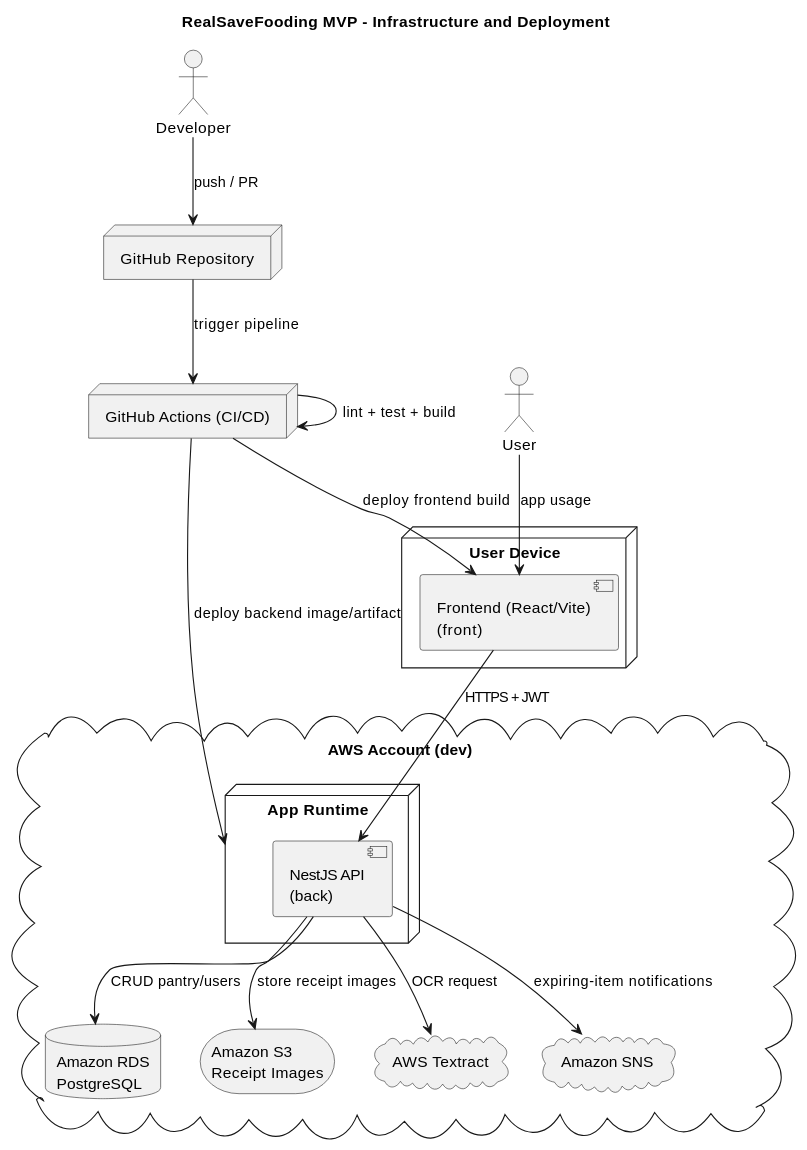
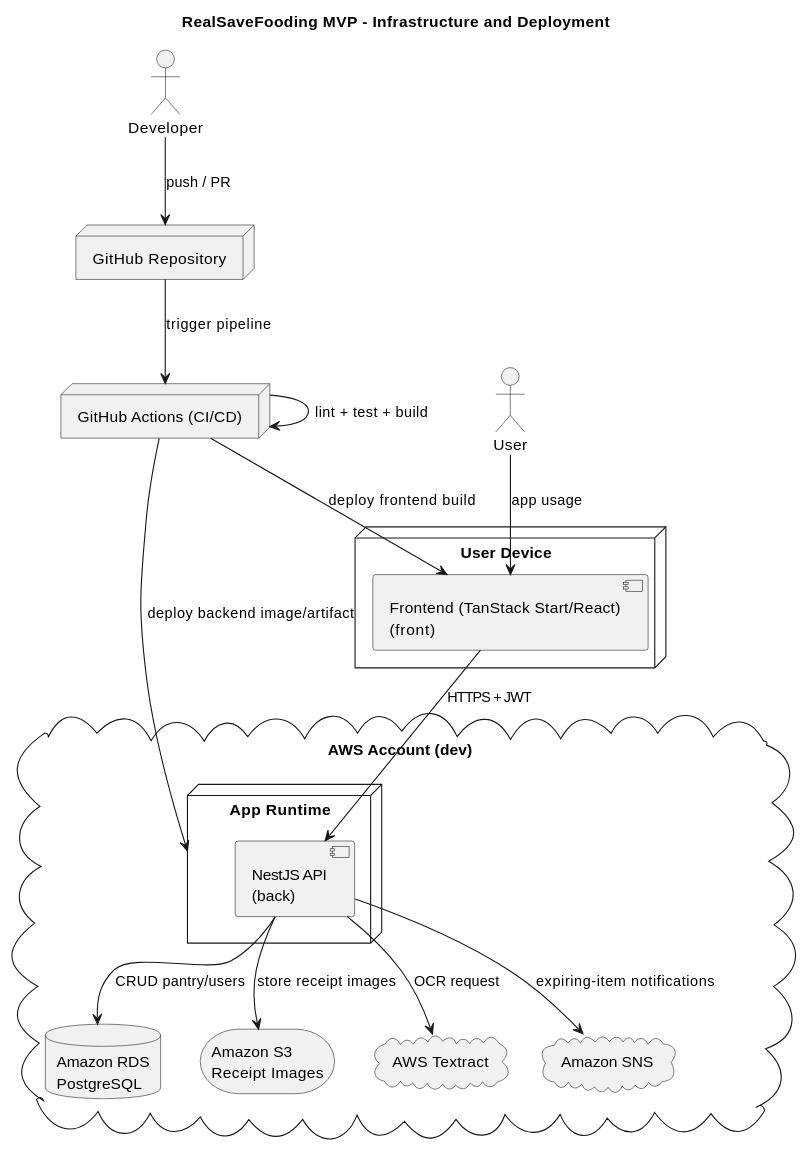
Before and after one commit to LIDR-academy/AI4Devs-finalproject: the sixth of 6 diagrams in docs/architecture/architecture.md, drawn with PlantUML. The commit also changed other lines of this file and 7 other files, not shown here.

Commit message:
Update architecture documentation to reflect TanStack Start integration and clarify frontend application references

````diff
--- a/docs/architecture/architecture.md
+++ b/docs/architecture/architecture.md
@@ -442,40 +445,40 @@
 ```plantuml
 @startuml
 title RealSaveFooding MVP - Infrastructure and Deployment
 
 actor Developer
 actor User
 
 node "GitHub Repository" as GH
 node "GitHub Actions (CI/CD)" as CI
 
 cloud "AWS Account (dev)" {
   node "App Runtime" as RUNTIME {
      component "NestJS API\n(back)" as API
   }
 
   database "Amazon RDS\nPostgreSQL" as RDS
   storage "Amazon S3\nReceipt Images" as S3
   cloud "AWS Textract" as TEXTRACT
   cloud "Amazon SNS" as SNS
 }
 
 node "User Device" as DEVICE {
-  component "Frontend (React/Vite)\n(front)" as FRONT
+    component "Frontend (TanStack Start/React)\n(front)" as FRONT
 }
 
 Developer --> GH : push / PR
 GH --> CI : trigger pipeline
 CI --> CI : lint + test + build
 CI --> RUNTIME : deploy backend image/artifact
 CI --> FRONT : deploy frontend build
 
 User --> FRONT : app usage
 FRONT --> API : HTTPS + JWT
 API --> RDS : CRUD pantry/users
 API --> S3 : store receipt images
 API --> TEXTRACT : OCR request
 API --> SNS : expiring-item notifications
 
 @enduml
 ```
````
